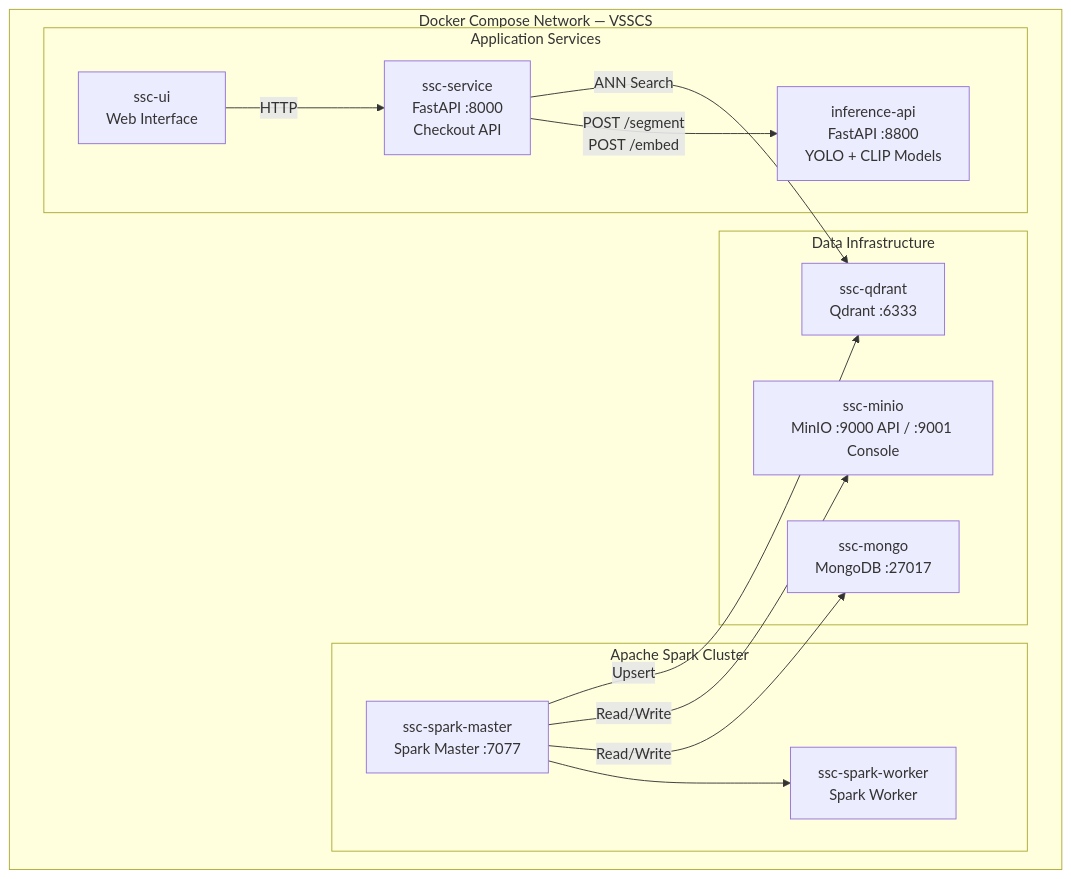
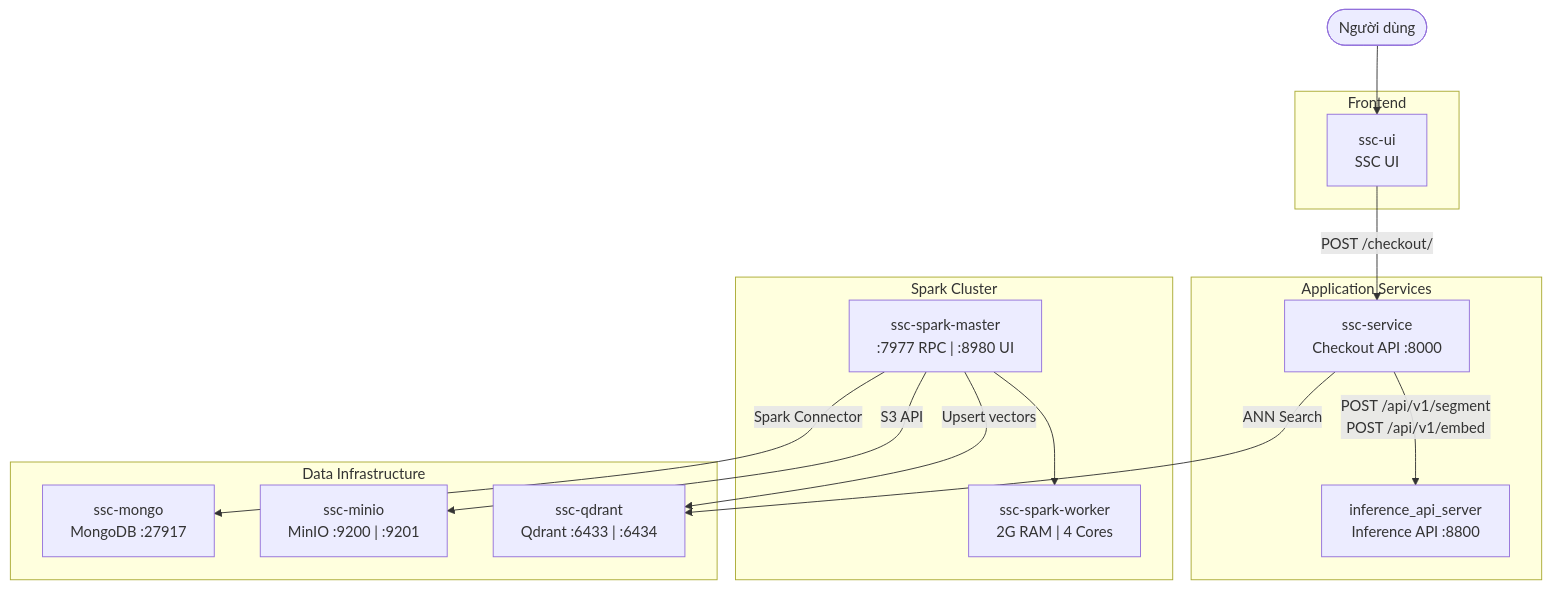
One commit to tgkiet/smart-checkout changed the fourth of 5 diagrams in bao_cao_chuong1_2.md. Above: the diagram before and after it, drawn with Mermaid. The commit also changed other lines of this file, not shown here.

Commit message:
fix report: implement diagram from draw io to into word

````diff
--- a/bao_cao_chuong1_2.md
+++ b/bao_cao_chuong1_2.md
@@ -450,31 +450,34 @@
 ```mermaid
 graph TB
-    subgraph DOCKER["Docker Compose Network — VSSCS"]
+    USER(["Người dùng"])
 
-        subgraph DATA_INFRA["Data Infrastructure"]
-            MONGO_C["ssc-mongo\nMongoDB :27017"]
-            MINIO_C["ssc-minio\nMinIO :9000 API / :9001 Console"]
-            QDRANT_C["ssc-qdrant\nQdrant :6333"]
-        end
+    subgraph FRONTEND["Frontend"]
+        UI["ssc-ui\nSSC UI"]
+    end
 
-        subgraph SPARK_CLUSTER["Apache Spark Cluster"]
-            SM["ssc-spark-master\nSpark Master :7077"]
-            SW["ssc-spark-worker\nSpark Worker"]
-            SM --> SW
-        end
+    subgraph APP["Application Services"]
+        SVC["ssc-service\nCheckout API :8000"]
+        INF["inference_api_server\nInference API :8800"]
+    end
 
-        subgraph APP_SERVICES["Application Services"]
-            INF_API["inference-api\nFastAPI :8800\nYOLO + CLIP Models"]
-            SSC_SVC["ssc-service\nFastAPI :8000\nCheckout API"]
-            SSC_UI["ssc-ui\nWeb Interface"]
-        end
+    subgraph SPARK["Spark Cluster"]
+        SM["ssc-spark-master\n:7977 RPC | :8980 UI"]
+        SW["ssc-spark-worker\n2G RAM | 4 Cores"]
+        SM --> SW
+    end
 
-        SSC_UI -->|"HTTP"| SSC_SVC
-        SSC_SVC -->|"POST /segment\nPOST /embed"| INF_API
-        SSC_SVC -->|"ANN Search"| QDRANT_C
+    subgraph DATA["Data Infrastructure"]
+        MONGO["ssc-mongo\nMongoDB :27917"]
+        MINIO["ssc-minio\nMinIO :9200 | :9201"]
+        QD["ssc-qdrant\nQdrant :6433 | :6434"]
+    end
 
-        SM -->|"Read/Write"| MONGO_C
-        SM -->|"Read/Write"| MINIO_C
-        SM -->|"Upsert"| QDRANT_C
-    end
+    USER --> UI
+    UI -->|"POST /checkout/"| SVC
+    SVC -->|"POST /api/v1/segment\nPOST /api/v1/embed"| INF
+    SVC -->|"ANN Search"| QD
+
+    SM -->|"Spark Connector"| MONGO
+    SM -->|"S3 API"| MINIO
+    SM -->|"Upsert vectors"| QD
 ```
````
